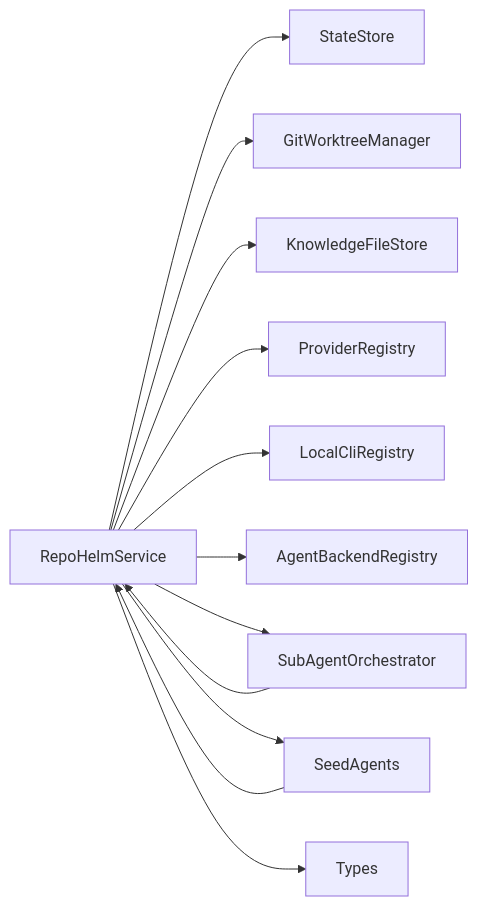
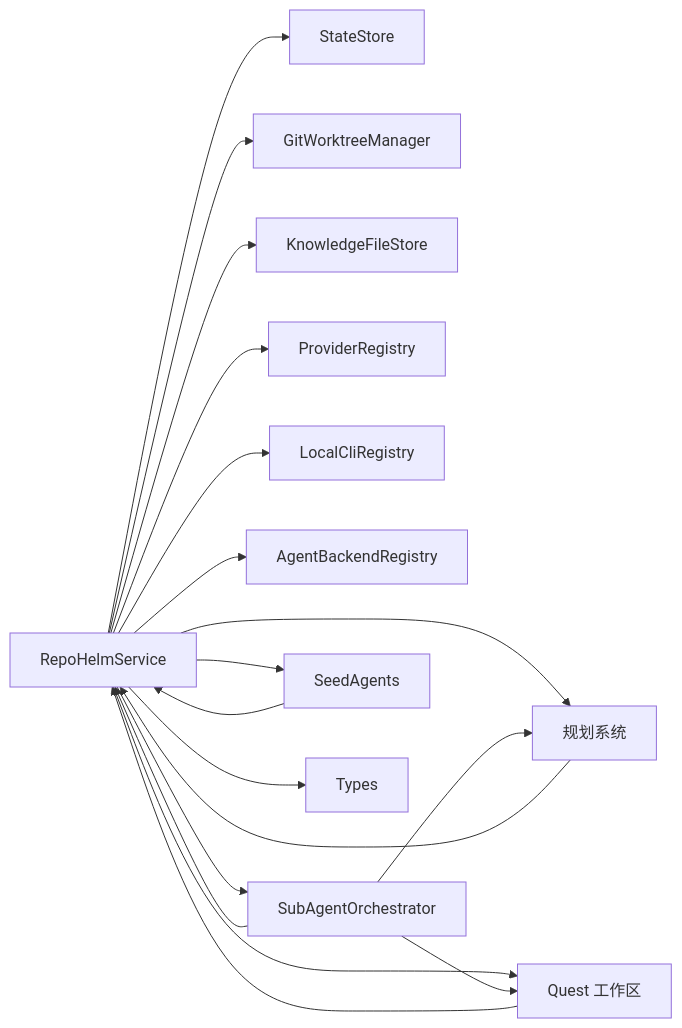
One commit to coconilu/RepoHelm changed the eighth of 8 diagrams in .qoder/repowiki/zh/content/核心服务模块/核心服务模块.md. Above: the diagram before and after it, drawn with Mermaid. The commit also changed other lines of this file and 16 other files, not shown here.

````diff
--- a/.qoder/repowiki/zh/content/核心服务模块/核心服务模块.md
+++ b/.qoder/repowiki/zh/content/核心服务模块/核心服务模块.md
@@ -437,14 +561,20 @@
 ```mermaid
 graph LR
 S["RepoHelmService"] --> ST["StateStore"]
 S --> G["GitWorktreeManager"]
 S --> KF["KnowledgeFileStore"]
 S --> PR["ProviderRegistry"]
 S --> LR["LocalCliRegistry"]
 S --> AR["AgentBackendRegistry"]
 S --> O["SubAgentOrchestrator"]
+S --> P["规划系统"]
+S --> QW["Quest 工作区"]
 S --> SA["SeedAgents"]
 S --> T["Types"]
 O --> S
+O --> P
+O --> QW
+P --> S
+QW --> S
 SA --> S
 ```
````
